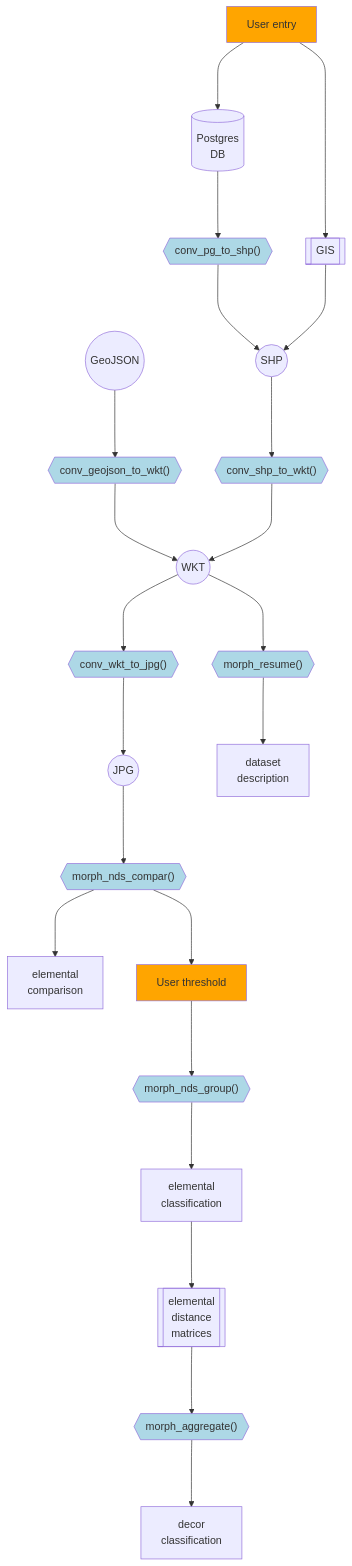
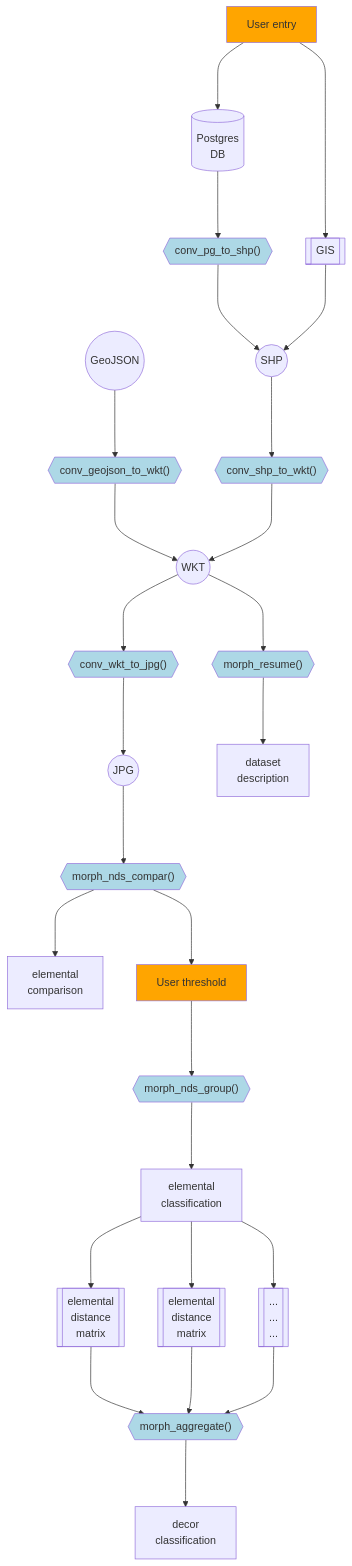
One commit to zoometh/iconr changed the diagram in README.md. Above: the diagram before and after it, drawn with Mermaid.

Commit message:
iconr dev workflow

````diff
--- a/README.md
+++ b/README.md
@@ -231,26 +231,30 @@
 ```mermaid
 flowchart TD
     T[User entry]:::iconRusr ---> A[(Postgres<br>DB)];
     T ---> Q[[GIS]];
     A ---> B{{"conv_pg_to_shp()"}}:::iconRpkg;
     B ---> C((SHP));
     Q ---> C;
     R((GeoJSON)) ---> S{{"conv_geojson_to_wkt()"}}:::iconRpkg;
     S ---> E((WKT));
     C ---> D{{"conv_shp_to_wkt()"}}:::iconRpkg;
     D ---> E;
     E ---> F{{"conv_wkt_to_jpg()"}}:::iconRpkg;
     F ---> G((JPG));
     G ---> J{{"morph_nds_compar()"}}:::iconRpkg;
     J ---> K[elemental<br>comparison];
     J ---> U[User threshold]:::iconRusr;
     U ---> H{{"morph_nds_group()"}}:::iconRpkg;
     H ---> I[elemental<br>classification];
     E ---> L{{"morph_resume()"}}:::iconRpkg;
     L ---> P[dataset<br>description];
-    I ---> M[[elemental<br>distance<br>matrices]];
+    I ---> M[[elemental<br>distance<br>matrix]];
+    I ---> V[[elemental<br>distance<br>matrix]];
+    I ---> W[[...<br>...<br>...]];
     M ---> N{{"morph_aggregate()"}}:::iconRpkg;
+    V ---> N;
+    W ---> N;
     N ---> O[decor<br>classification];
     classDef iconRpkg fill:#add8e6;
     classDef iconRusr fill:#ffa500;
 ```
````
